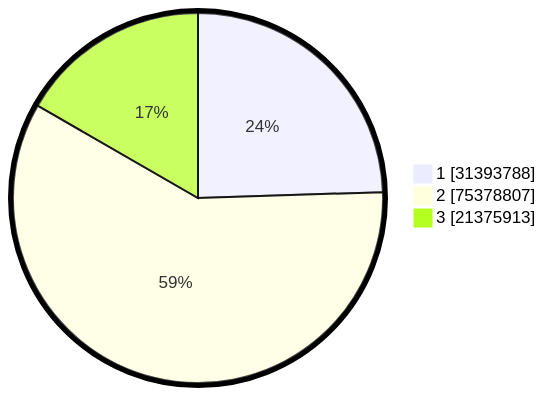
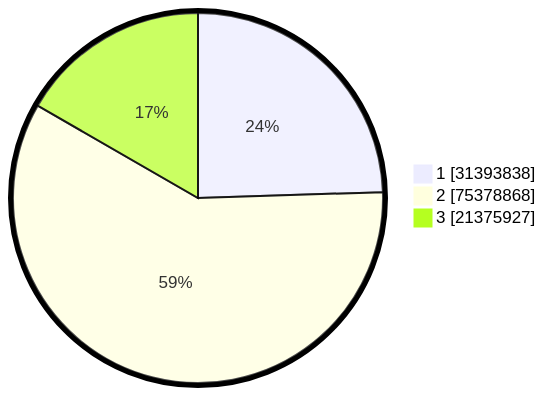
One commit to gigit-pemilu/pemilu-2024 changed the second of 2 diagrams in pilpres/hitung-suara/README.md. Above: the diagram before and after it, drawn with Mermaid. The commit also changed other lines of this file and 6 other files, not shown here.

````diff
--- a/pilpres/hitung-suara/README.md
+++ b/pilpres/hitung-suara/README.md
@@ -93,7 +93,7 @@
 ```mermaid
 %%{init: {"pie": {"textPosition": 0.5}, "themeVariables": {"pieOuterStrokeWidth": "5px"}} }%%
 pie showData
-    "1" : 31393788
-    "2" : 75378807
-    "3" : 21375913
+    "1" : 31393838
+    "2" : 75378868
+    "3" : 21375927
 ```
````
